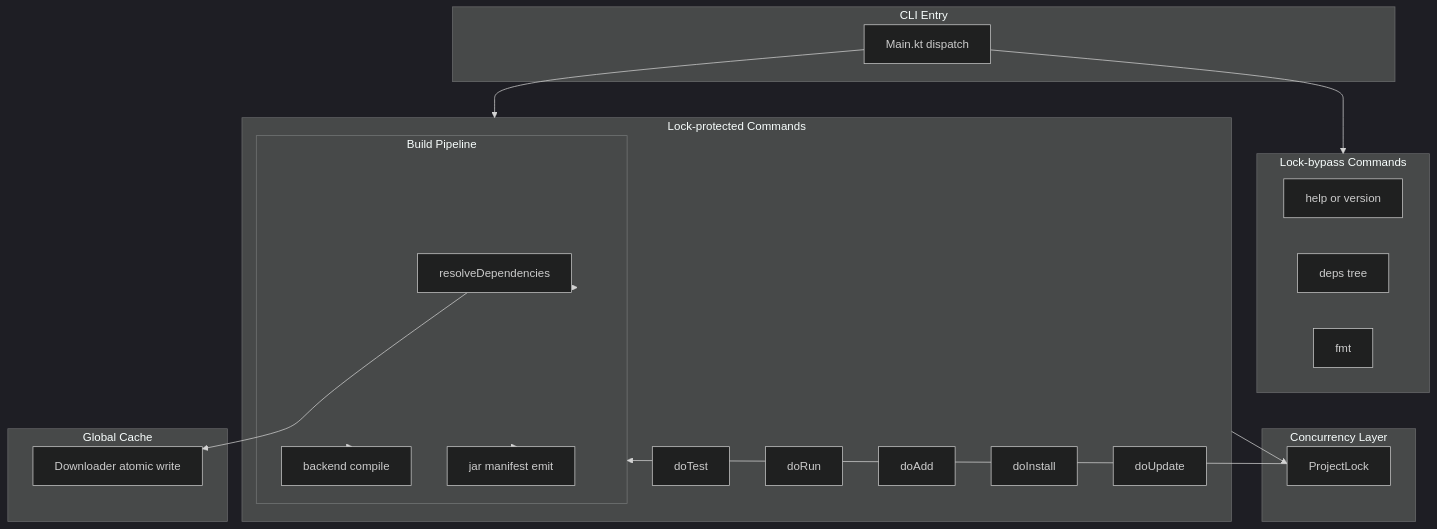
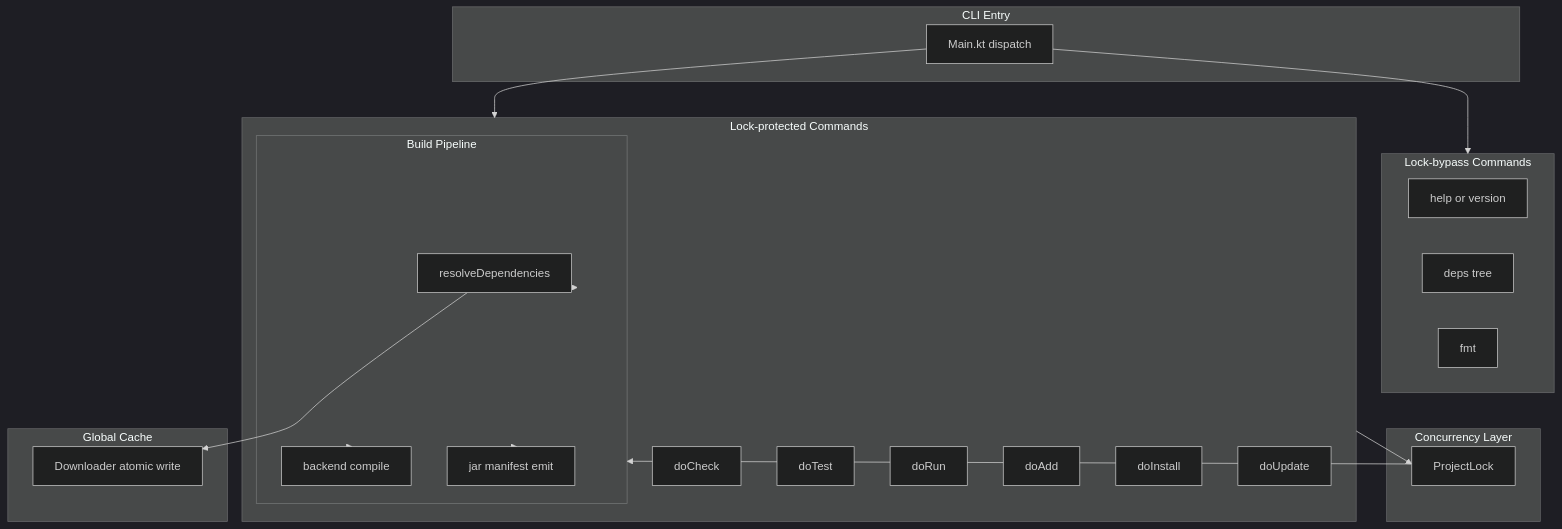
Before and after one commit to snicmakino/keel: the first of 3 diagrams in .kiro/specs/concurrent-build-safety/design.md, drawn with Mermaid (dark theme). The commit also changed other lines of this file and 3 other files, not shown here.

````diff
--- a/.kiro/specs/concurrent-build-safety/design.md
+++ b/.kiro/specs/concurrent-build-safety/design.md
@@ -68,39 +68,40 @@
 ```mermaid
 graph TB
     subgraph CLI[CLI Entry]
         Main[Main.kt dispatch]
     end
     subgraph Locked[Lock-protected Commands]
         Build[doBuild or doNativeBuild]
+        Check[doCheck]
         Test[doTest]
         Run[doRun]
         DepsAdd[doAdd]
         DepsInstall[doInstall]
         DepsUpdate[doUpdate]
     end
     subgraph ReadOnly[Lock-bypass Commands]
         Help[help or version]
         DepsTree[deps tree]
         Fmt[fmt]
     end
     subgraph Concurrency[Concurrency Layer]
         Lock[ProjectLock]
     end
     subgraph Build[Build Pipeline]
         Resolve[resolveDependencies]
         Compile[backend compile]
         Finalise[jar manifest emit]
     end
     subgraph Cache[Global Cache]
         Downloader[Downloader atomic write]
     end
 
     Main --> Locked
     Main --> ReadOnly
     Locked --> Lock
     Lock --> Build
     Build --> Resolve
     Resolve --> Downloader
     Build --> Compile
     Build --> Finalise
 ```
````
